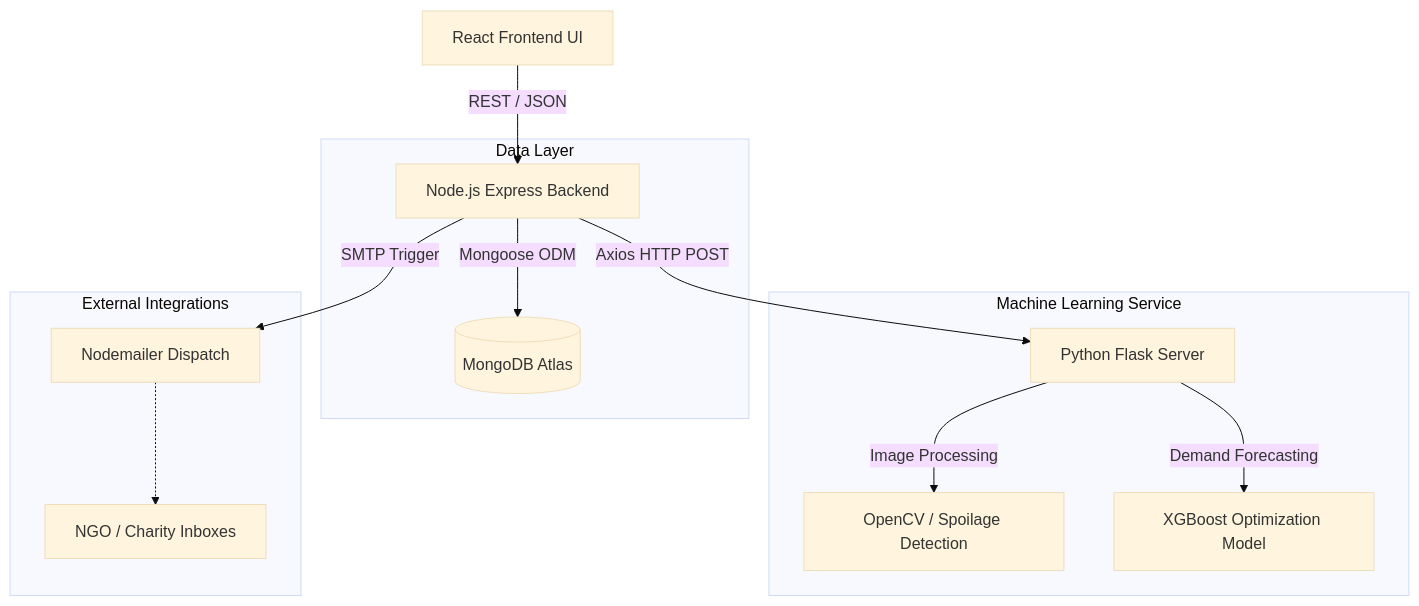
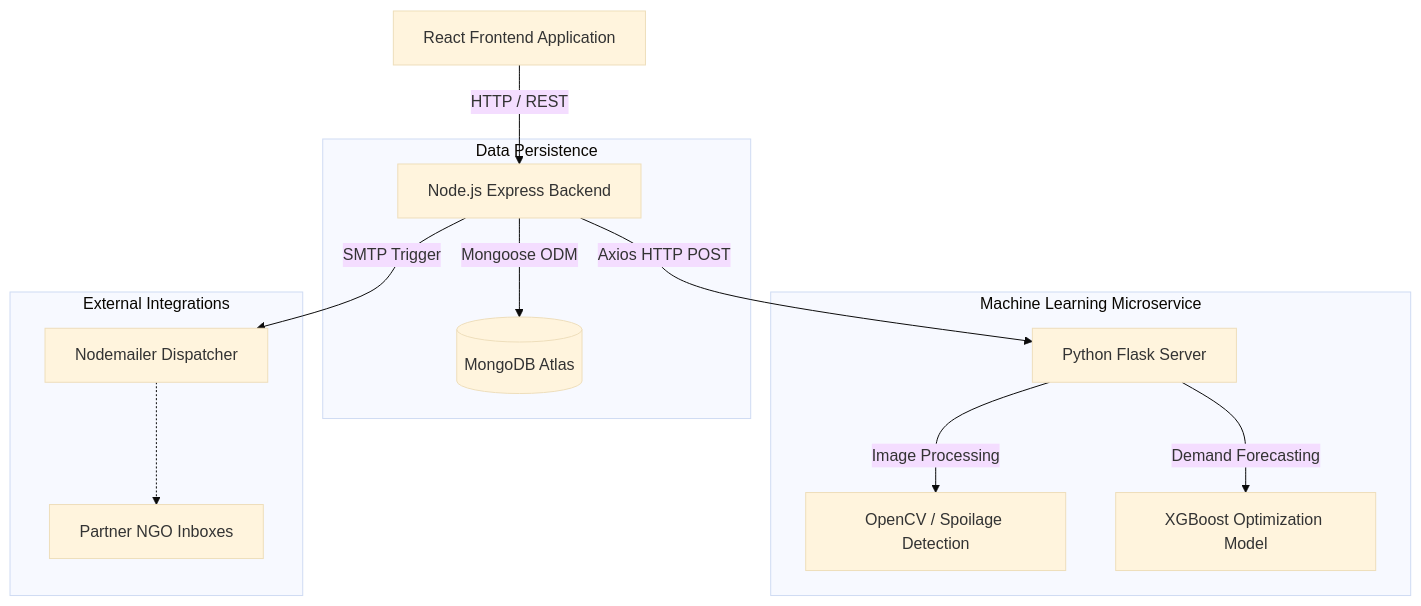
Before and after one commit to Snehalgupta-07/PerishPro: the diagram in README.md, drawn with Mermaid (base theme). The commit also changed other lines of this file, not shown here.

````diff
--- a/README.md
+++ b/README.md
@@ -67,19 +41,19 @@
 ```mermaid
 graph TD
-    UI[React Frontend UI] -->|REST / JSON| BE[Node.js Express Backend]
+    UI[React Frontend Application] -->|HTTP / REST| BE[Node.js Express Backend]
     
-    subgraph Data Layer
+    subgraph Data Persistence
         BE -->|Mongoose ODM| DB[(MongoDB Atlas)]
     end
     
-    subgraph Machine Learning Service
+    subgraph Machine Learning Microservice
         BE -->|Axios HTTP POST| ML[Python Flask Server]
         ML -->|Image Processing| CV[OpenCV / Spoilage Detection]
         ML -->|Demand Forecasting| XGB[XGBoost Optimization Model]
     end
     
     subgraph External Integrations
-        BE -->|SMTP Trigger| Mail[Nodemailer Dispatch]
-        Mail -.-> NGO[NGO / Charity Inboxes]
+        BE -->|SMTP Trigger| Mail[Nodemailer Dispatcher]
+        Mail -.-> NGO[Partner NGO Inboxes]
     end
 ```
````
